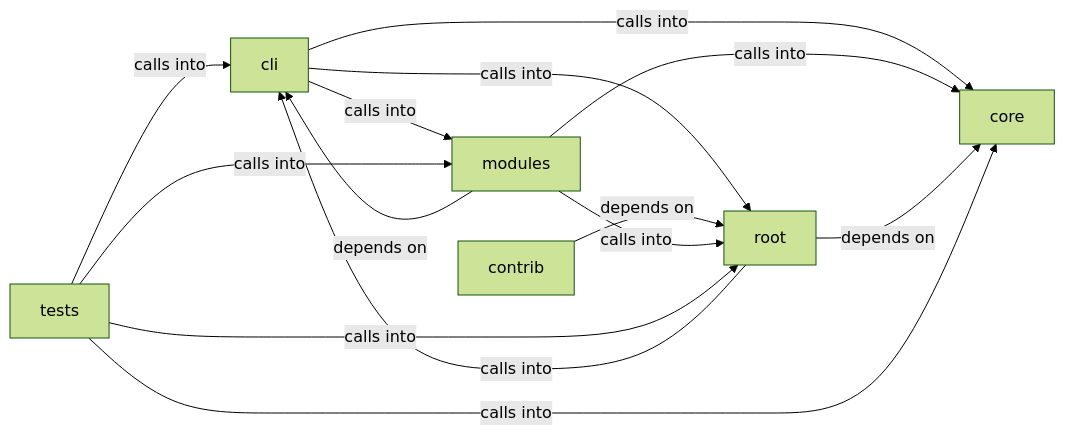
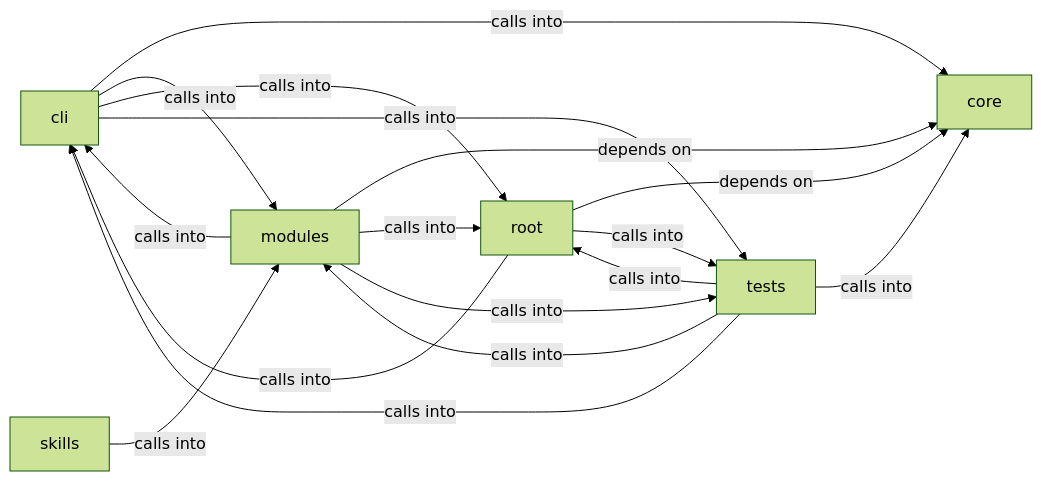
The diagram in readmenator-diagrams/cli_commands.md (grisuno/LazyOwn), drawn with Mermaid (forest theme) before and after one commit. The commit also changed other lines of this file and 768 other files, not shown here.

````diff
--- a/readmenator-diagrams/cli_commands.md
+++ b/readmenator-diagrams/cli_commands.md
@@ -5,22 +5,25 @@
 ```mermaid
 graph LR
     cli["cli"]
-    contrib["contrib"]
     core["core"]
     modules["modules"]
     root["root"]
+    skills["skills"]
     tests["tests"]
     cli -- "calls into" --> core
     cli -- "calls into" --> modules
     cli -- "calls into" --> root
-    contrib -- "depends on" --> root
-    modules -- "depends on" --> cli
-    modules -- "calls into" --> core
+    cli -- "calls into" --> tests
+    modules -- "calls into" --> cli
+    modules -- "depends on" --> core
     modules -- "calls into" --> root
+    modules -- "calls into" --> tests
     root -- "calls into" --> cli
     root -- "depends on" --> core
+    root -- "calls into" --> tests
+    skills -- "calls into" --> modules
     tests -- "calls into" --> cli
     tests -- "calls into" --> core
     tests -- "calls into" --> modules
     tests -- "calls into" --> root
 ```
````
